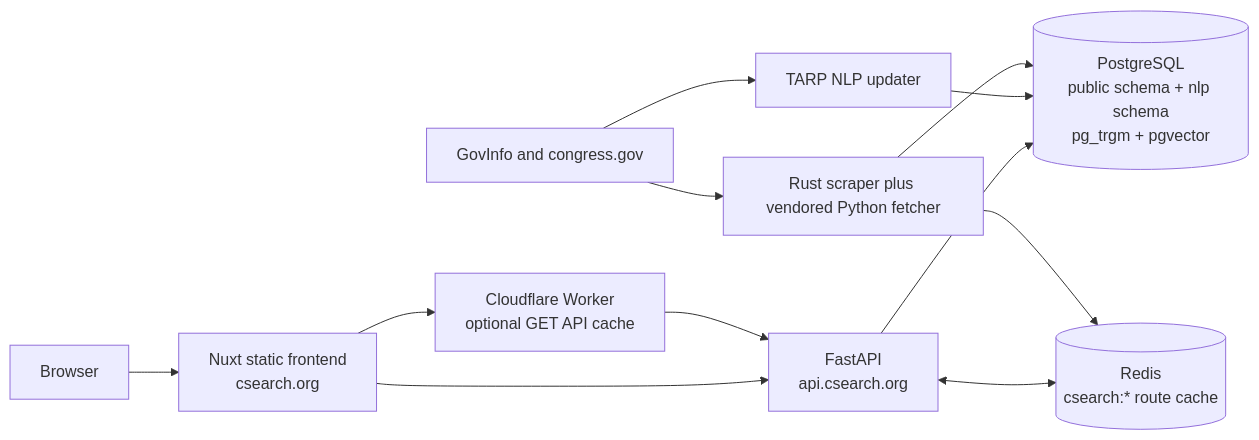
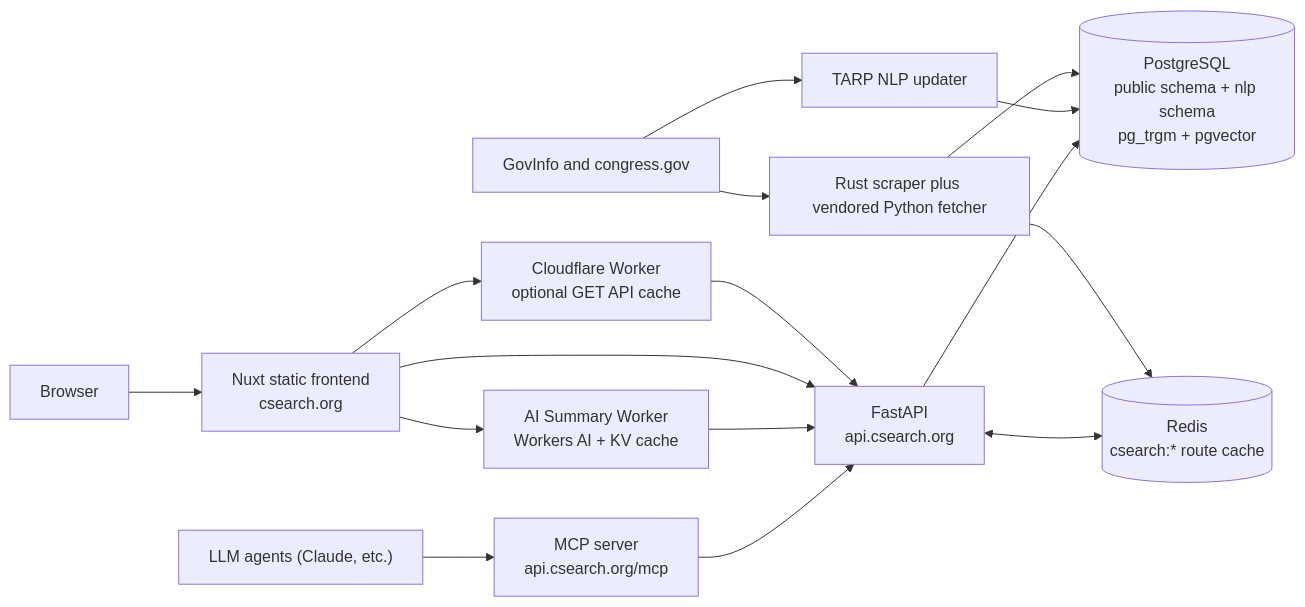
One commit to s4njee/csearch changed the first of 4 diagrams in ARCHITECTURE.md. Above: the diagram before and after it, drawn with Mermaid. The commit also changed other lines of this file and 13 other files, not shown here.

First line of the commit message:
Add AI bill-summary Worker and polish docs

````diff
--- a/ARCHITECTURE.md
+++ b/ARCHITECTURE.md
@@ -17,24 +17,31 @@
 ```mermaid
 flowchart LR
     sources["GovInfo and congress.gov"]
     scraper["Rust scraper plus vendored Python fetcher"]
     nlp["TARP NLP updater"]
     pg[("PostgreSQL\npublic schema + nlp schema\npg_trgm + pgvector")]
     redis[("Redis\ncsearch:* route cache")]
     api["FastAPI\napi.csearch.org"]
     worker["Cloudflare Worker\noptional GET API cache"]
+    aisummary["AI Summary Worker\nWorkers AI + KV cache"]
     frontend["Nuxt static frontend\ncsearch.org"]
     browser["Browser"]
+    mcp["MCP server\napi.csearch.org/mcp"]
+    agents["LLM agents (Claude, etc.)"]
 
     sources --> scraper
     scraper --> pg
     scraper --> redis
     sources --> nlp
     nlp --> pg
     api --> pg
     api <--> redis
     browser --> frontend
     frontend --> worker
     worker --> api
     frontend --> api
+    frontend --> aisummary
+    aisummary --> api
+    agents --> mcp
+    mcp --> api
 ```
````
